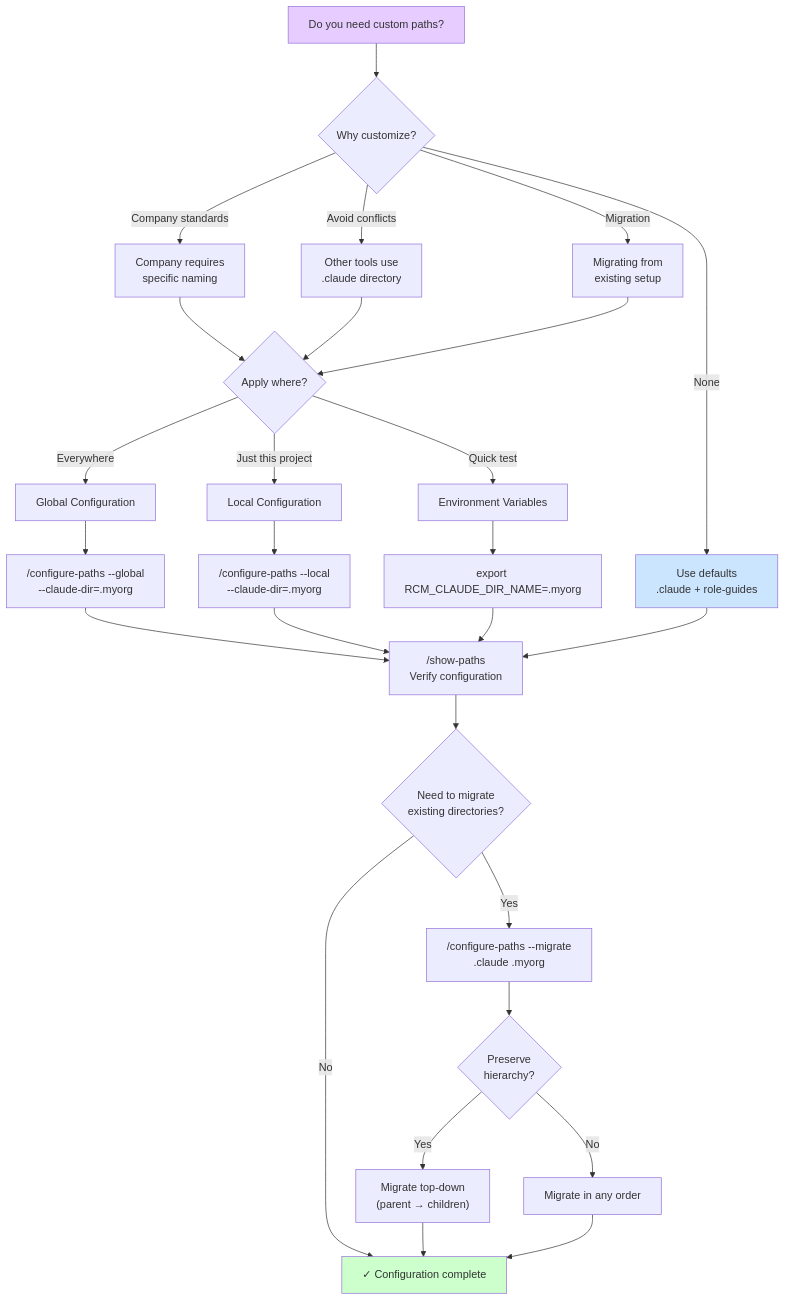
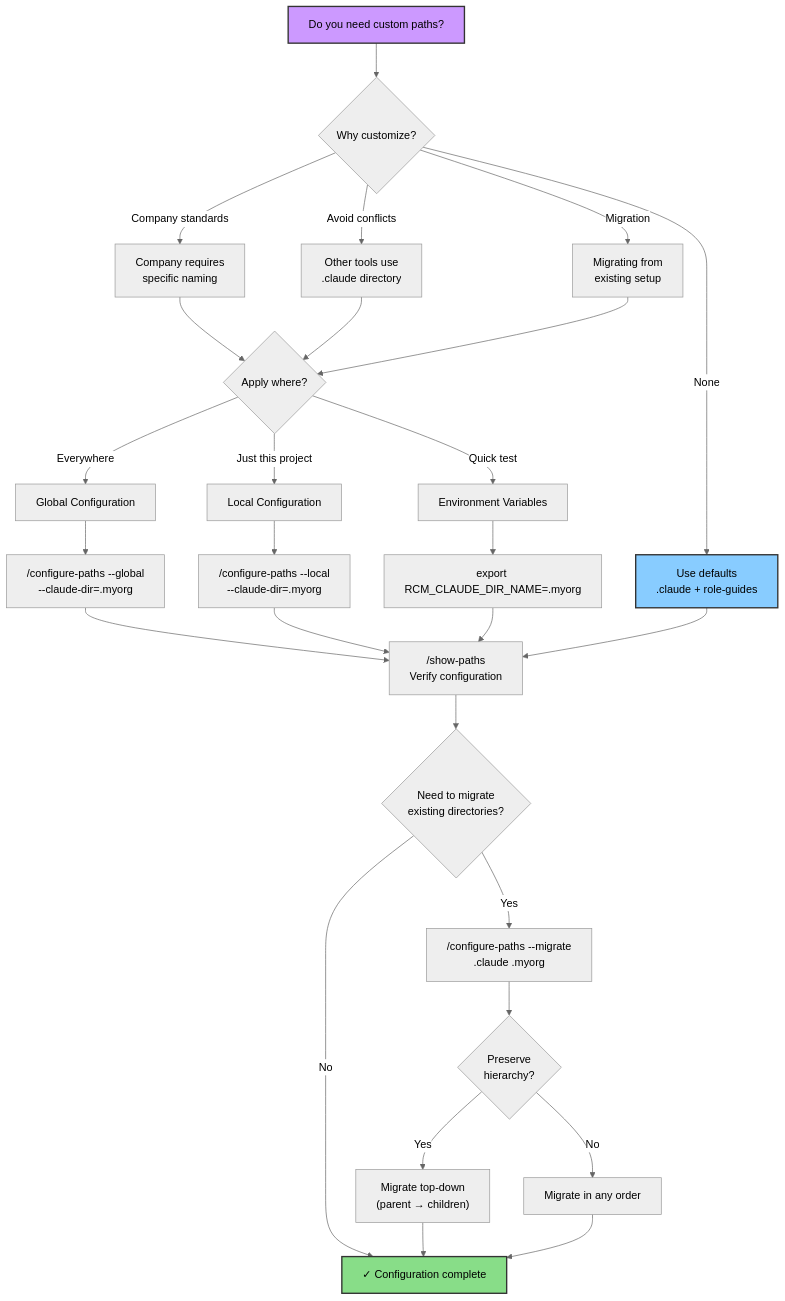
One commit to WAdamBrooksFS/role-context-manager-marketplace changed the fifth of 10 diagrams in PLUGIN-VISUAL-GUIDE.md. Above: the diagram before and after it, drawn with Mermaid. The commit also changed other lines of this file, not shown here.

First line of the commit message:
fix: Improve Mermaid diagram visibility in dark theme

````diff
--- a/PLUGIN-VISUAL-GUIDE.md
+++ b/PLUGIN-VISUAL-GUIDE.md
@@ -204,46 +207,47 @@
 ```mermaid
+%%{init: {'theme':'neutral'}}%%
 graph TD
     Start[Do you need custom paths?] --> Evaluate{Why customize?}
 
     Evaluate -->|Company standards| UseCompany[Company requires<br/>specific naming]
     Evaluate -->|Avoid conflicts| UseAvoid[Other tools use<br/>.claude directory]
     Evaluate -->|Migration| UseMigrate[Migrating from<br/>existing setup]
     Evaluate -->|None| UseDefault[Use defaults<br/>.claude + role-guides]
 
     UseCompany --> ChooseScope
     UseAvoid --> ChooseScope
     UseMigrate --> ChooseScope
 
     ChooseScope{Apply where?}
 
     ChooseScope -->|Everywhere| Global[Global Configuration]
     ChooseScope -->|Just this project| Local[Local Configuration]
     ChooseScope -->|Quick test| EnvVar[Environment Variables]
 
     Global --> GlobalCmd["/configure-paths --global<br/>--claude-dir=.myorg"]
     Local --> LocalCmd["/configure-paths --local<br/>--claude-dir=.myorg"]
     EnvVar --> EnvCmd["export RCM_CLAUDE_DIR_NAME=.myorg"]
 
     GlobalCmd --> Verify
     LocalCmd --> Verify
     EnvCmd --> Verify
     UseDefault --> Verify
 
     Verify["/show-paths<br/>Verify configuration"]
 
     Verify --> Migrate{Need to migrate<br/>existing directories?}
 
     Migrate -->|Yes| MigrateCmd["/configure-paths --migrate<br/>.claude .myorg"]
     Migrate -->|No| Done
 
     MigrateCmd --> PreservHier{Preserve<br/>hierarchy?}
     PreservHier -->|Yes| TopDown["Migrate top-down<br/>(parent → children)"]
     PreservHier -->|No| AnyOrder[Migrate in any order]
 
     TopDown --> Done[✓ Configuration complete]
     AnyOrder --> Done
 
-    style Start fill:#e6ccff
-    style Done fill:#ccffcc
-    style UseDefault fill:#cce5ff
+    style Start fill:#c9f,stroke:#333,stroke-width:2px,color:#000
+    style Done fill:#8d8,stroke:#333,stroke-width:2px,color:#000
+    style UseDefault fill:#8cf,stroke:#333,stroke-width:2px,color:#000
 ```
````
